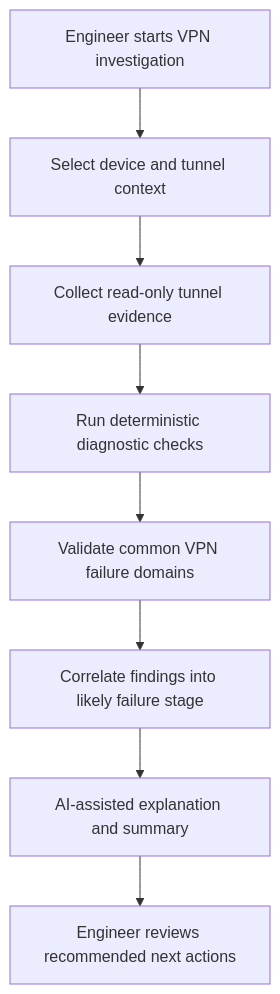
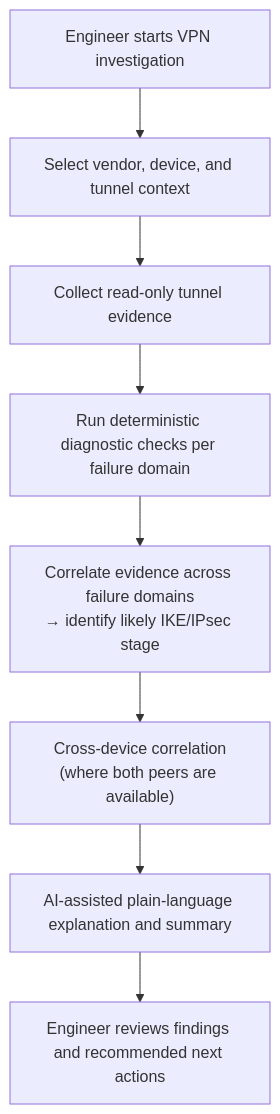
The diagram in workflows/vpn-tunnel-failure-investigation.md (dazgour/synapse-optical-docs), drawn with Mermaid before and after one commit. The commit also changed other lines of this file, not shown here.

````diff
--- a/workflows/vpn-tunnel-failure-investigation.md
+++ b/workflows/vpn-tunnel-failure-investigation.md
@@ -46,10 +60,10 @@
 ```mermaid
 flowchart TD
-    A["Engineer starts VPN investigation"] --> B["Select device and tunnel context"]
+    A["Engineer starts VPN investigation"] --> B["Select vendor, device, and tunnel context"]
     B --> C["Collect read-only tunnel evidence"]
-    C --> D["Run deterministic diagnostic checks"]
-    D --> E["Validate common VPN failure domains"]
-    E --> F["Correlate findings into likely failure stage"]
-    F --> G["AI-assisted explanation and summary"]
-    G --> H["Engineer reviews recommended next actions"]
+    C --> D["Run deterministic diagnostic checks per failure domain"]
+    D --> E["Correlate evidence across failure domains\n→ identify likely IKE/IPsec stage"]
+    E --> F["Cross-device correlation\n(where both peers are available)"]
+    F --> G["AI-assisted plain-language explanation and summary"]
+    G --> H["Engineer reviews findings and recommended next actions"]
 ```
````
